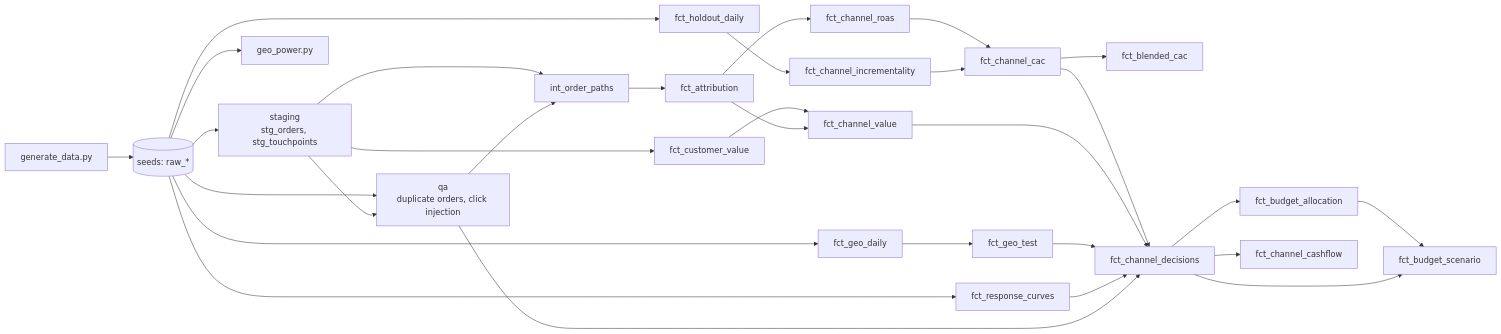
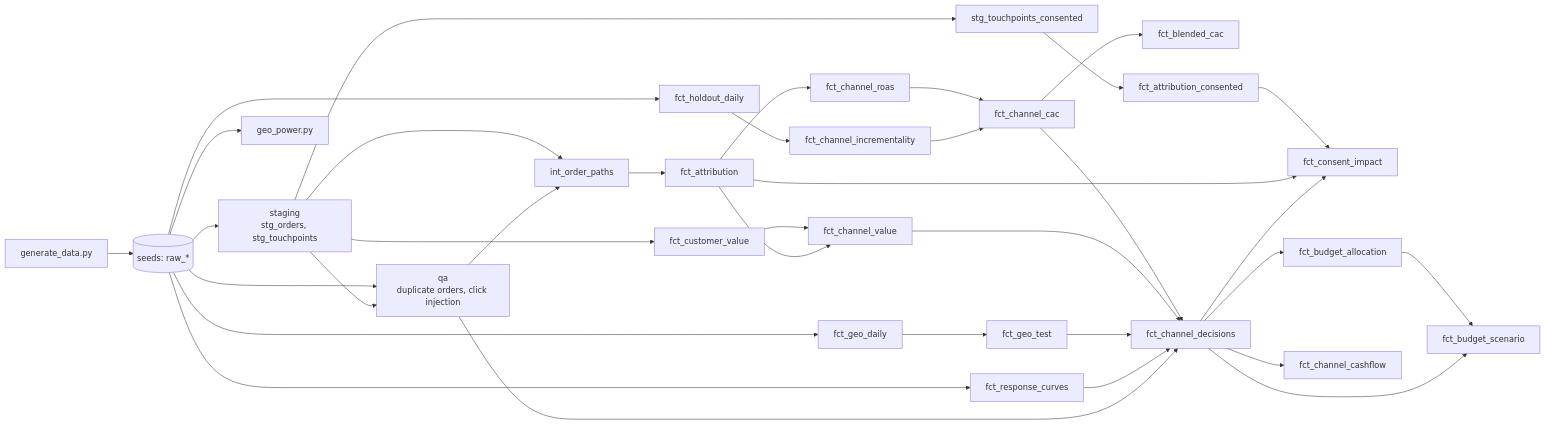
One commit to predkiewicz/marketing-measurement-lab changed the diagram in README.md. Above: the diagram before and after it, drawn with Mermaid. The commit also changed other lines of this file and 14 other files, not shown here.

````diff
--- a/README.md
+++ b/README.md
@@ -43,26 +43,29 @@
 ```mermaid
 flowchart LR
     gen[generate_data.py] --> raw[("seeds: raw_*")]
     raw --> stg[staging<br/>stg_orders, stg_touchpoints]
     raw --> qa[qa<br/>duplicate orders, click injection]
     stg --> qa
     stg --> paths[int_order_paths]
     qa --> paths
     paths --> attr[fct_attribution] --> roas[fct_channel_roas]
     raw --> hold[fct_holdout_daily] --> incr[fct_channel_incrementality]
     raw --> curves[fct_response_curves]
     roas --> cac[fct_channel_cac]
     incr --> cac --> blended[fct_blended_cac]
     stg --> value[fct_customer_value] --> chval[fct_channel_value]
     attr --> chval
     raw --> geo[fct_geo_daily] --> geotest[fct_geo_test]
     cac --> dec[fct_channel_decisions]
     chval --> dec
     geotest --> dec
     curves --> dec
     qa --> dec
+    stg --> cons[stg_touchpoints_consented] --> attrc[fct_attribution_consented] --> consent[fct_consent_impact]
+    attr --> consent
+    dec --> consent
     dec --> alloc[fct_budget_allocation] --> plan[fct_budget_scenario]
     dec --> plan
     dec --> cash[fct_channel_cashflow]
     raw --> power[geo_power.py]
 ```
````
